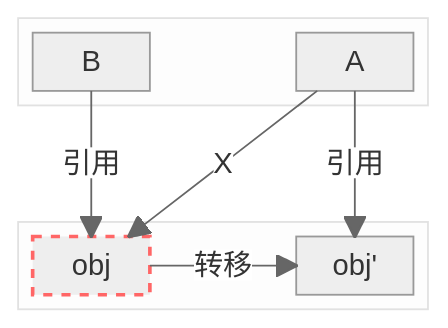
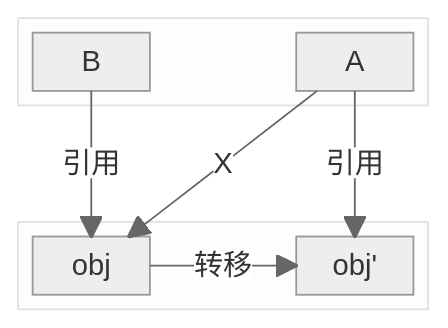
One commit to CoyAce/codox changed the diagram in content/zh-hans/post/ZGC-读屏障.md. Above: the diagram before and after it, drawn with Mermaid (neutral theme). The commit also changed other lines of this file, not shown here.

````diff
--- a/content/zh-hans/post/ZGC-读屏障.md
+++ b/content/zh-hans/post/ZGC-读屏障.md
@@ -12,16 +12,16 @@
 ```mermaid
 block-beta
   columns 13
   block:stack:13
     B space A
   end
   space:13
   block:heap:13
     obj space obj'
   end
   A --"X"--> obj
   B --"引用"--> obj
   A --"引用"--> obj'
   obj --"转移"--> obj'
-  style obj stroke:#f66,stroke-width:2px,stroke-dasharray: 5 5
+  style obj stroke:#f66，stroke-width:2px，stroke-dasharray: 5 5
 ```
````
